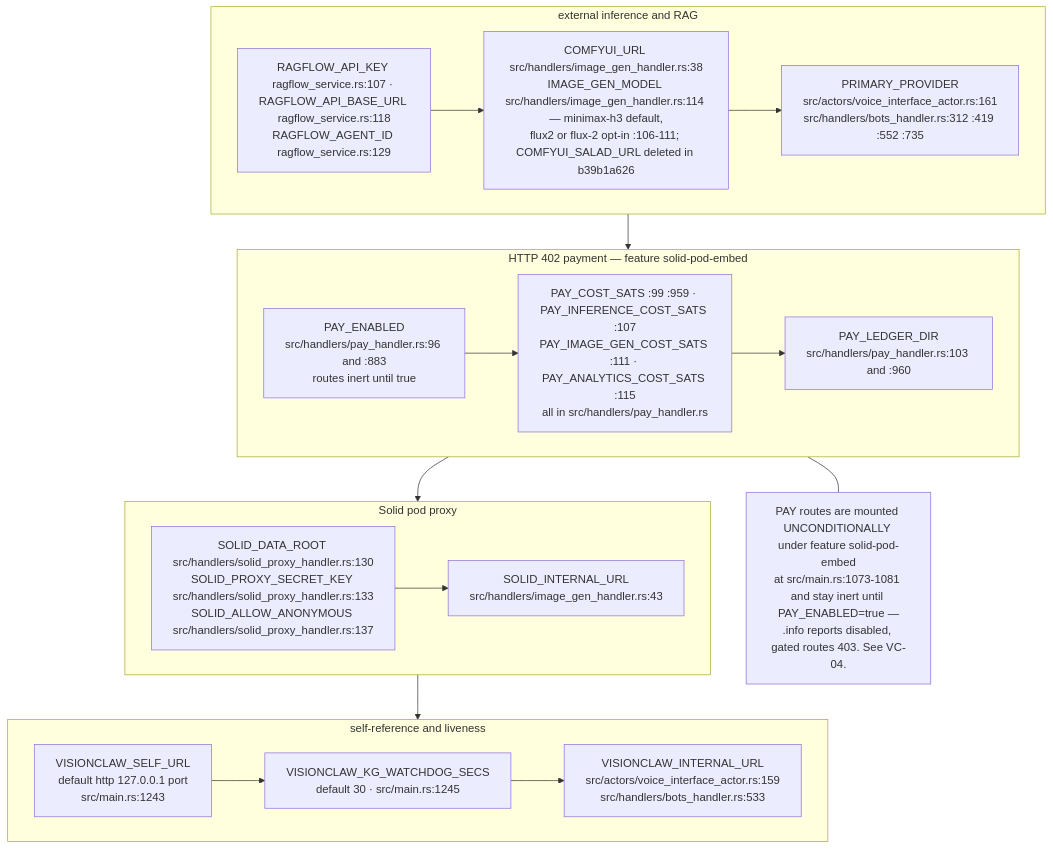
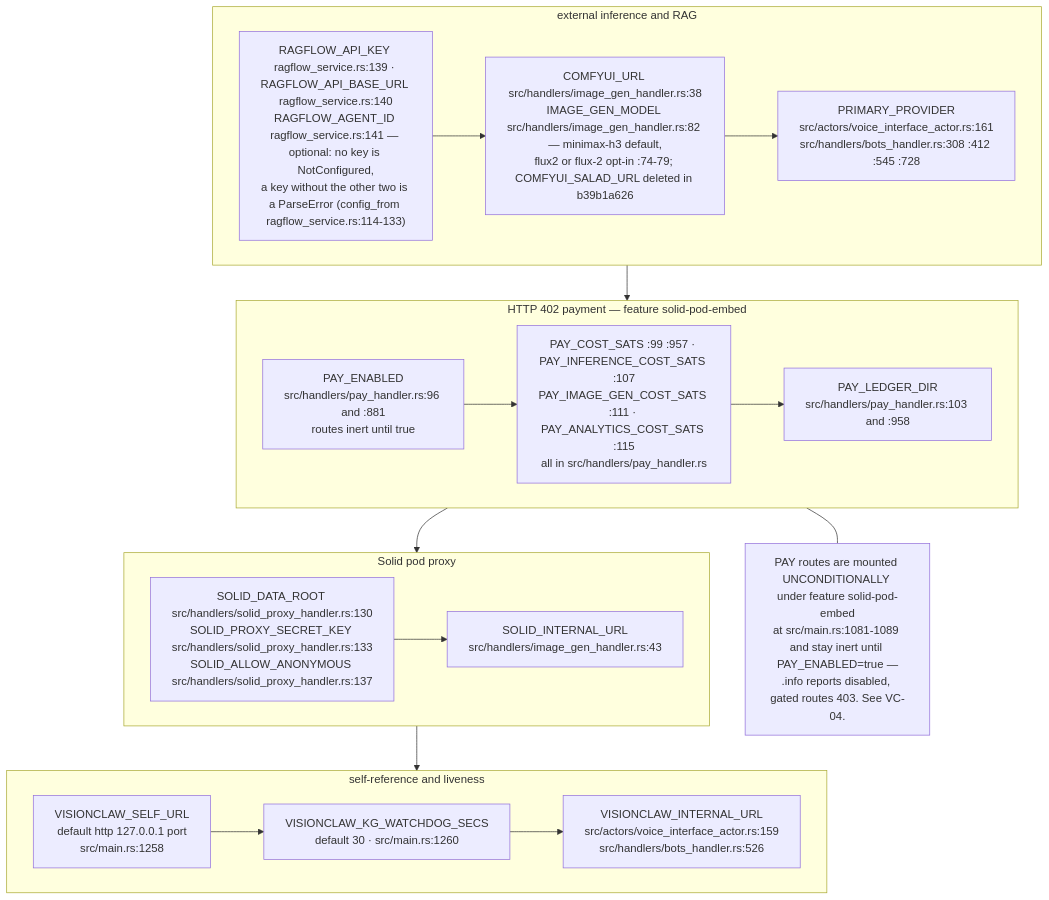
One commit to DreamLab-AI/VisionFlow changed diagram 13 of 15 in docs/diagrams/visionclaw/09-config-and-env-flags.md. Above: the diagram before and after it, drawn with Mermaid. The commit also changed other lines of this file and 8 other files, not shown here.

Commit message:
docs(diagrams): multi-MCP discovery is real; re-stamp visionclaw 01/03/05/09/27 and estate/02

````diff
--- a/docs/diagrams/visionclaw/09-config-and-env-flags.md
+++ b/docs/diagrams/visionclaw/09-config-and-env-flags.md
@@ -494,18 +496,18 @@
 ```mermaid
 flowchart TB
     subgraph EXT["external inference and RAG"]
-        X1["RAGFLOW_API_KEY ragflow_service.rs:107 · RAGFLOW_API_BASE_URL ragflow_service.rs:118<br/>RAGFLOW_AGENT_ID ragflow_service.rs:129"] --> X2["COMFYUI_URL src/handlers/image_gen_handler.rs:38<br/>IMAGE_GEN_MODEL src/handlers/image_gen_handler.rs:114 — minimax-h3 default,<br/>flux2 or flux-2 opt-in :106-111; COMFYUI_SALAD_URL deleted in b39b1a626"] --> X3["PRIMARY_PROVIDER<br/>src/actors/voice_interface_actor.rs:161<br/>src/handlers/bots_handler.rs:312 :419 :552 :735"]
+        X1["RAGFLOW_API_KEY ragflow_service.rs:139 · RAGFLOW_API_BASE_URL ragflow_service.rs:140<br/>RAGFLOW_AGENT_ID ragflow_service.rs:141 — optional: no key is NotConfigured,<br/>a key without the other two is a ParseError (config_from ragflow_service.rs:114-133)"] --> X2["COMFYUI_URL src/handlers/image_gen_handler.rs:38<br/>IMAGE_GEN_MODEL src/handlers/image_gen_handler.rs:82 — minimax-h3 default,<br/>flux2 or flux-2 opt-in :74-79; COMFYUI_SALAD_URL deleted in b39b1a626"] --> X3["PRIMARY_PROVIDER<br/>src/actors/voice_interface_actor.rs:161<br/>src/handlers/bots_handler.rs:308 :412 :545 :728"]
     end
     subgraph PAY["HTTP 402 payment — feature solid-pod-embed"]
-        P1["PAY_ENABLED<br/>src/handlers/pay_handler.rs:96 and :883<br/>routes inert until true"] --> P2["PAY_COST_SATS :99 :959 · PAY_INFERENCE_COST_SATS :107<br/>PAY_IMAGE_GEN_COST_SATS :111 · PAY_ANALYTICS_COST_SATS :115<br/>all in src/handlers/pay_handler.rs"] --> P3["PAY_LEDGER_DIR<br/>src/handlers/pay_handler.rs:103 and :960"]
+        P1["PAY_ENABLED<br/>src/handlers/pay_handler.rs:96 and :881<br/>routes inert until true"] --> P2["PAY_COST_SATS :99 :957 · PAY_INFERENCE_COST_SATS :107<br/>PAY_IMAGE_GEN_COST_SATS :111 · PAY_ANALYTICS_COST_SATS :115<br/>all in src/handlers/pay_handler.rs"] --> P3["PAY_LEDGER_DIR<br/>src/handlers/pay_handler.rs:103 and :958"]
     end
     subgraph SOLID["Solid pod proxy"]
         O1["SOLID_DATA_ROOT src/handlers/solid_proxy_handler.rs:130<br/>SOLID_PROXY_SECRET_KEY src/handlers/solid_proxy_handler.rs:133<br/>SOLID_ALLOW_ANONYMOUS src/handlers/solid_proxy_handler.rs:137"] --> O2["SOLID_INTERNAL_URL<br/>src/handlers/image_gen_handler.rs:43"]
     end
     subgraph SELF["self-reference and liveness"]
-        F1["VISIONCLAW_SELF_URL<br/>default http 127.0.0.1 port<br/>src/main.rs:1243"] --> F2["VISIONCLAW_KG_WATCHDOG_SECS<br/>default 30 · src/main.rs:1245"] --> F3["VISIONCLAW_INTERNAL_URL<br/>src/actors/voice_interface_actor.rs:159<br/>src/handlers/bots_handler.rs:533"]
+        F1["VISIONCLAW_SELF_URL<br/>default http 127.0.0.1 port<br/>src/main.rs:1258"] --> F2["VISIONCLAW_KG_WATCHDOG_SECS<br/>default 30 · src/main.rs:1260"] --> F3["VISIONCLAW_INTERNAL_URL<br/>src/actors/voice_interface_actor.rs:159<br/>src/handlers/bots_handler.rs:526"]
     end
     EXT --> PAY --> SOLID --> SELF
-    N5["PAY routes are mounted UNCONDITIONALLY under feature solid-pod-embed<br/>at src/main.rs:1073-1081 and stay inert until PAY_ENABLED=true —<br/>.info reports disabled, gated routes 403. See VC-04."]
+    N5["PAY routes are mounted UNCONDITIONALLY under feature solid-pod-embed<br/>at src/main.rs:1081-1089 and stay inert until PAY_ENABLED=true —<br/>.info reports disabled, gated routes 403. See VC-04."]
     PAY --- N5
 ```
````
